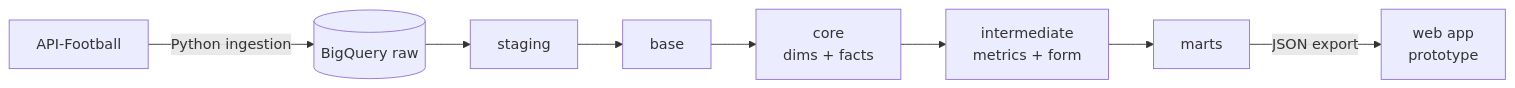
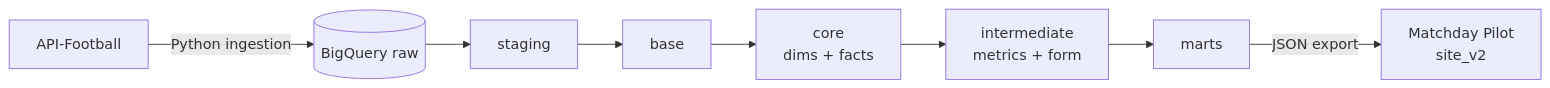
One commit to ramialfahham/football-data-pipeline changed the diagram in README.md. Above: the diagram before and after it, drawn with Mermaid. The commit also changed other lines of this file and 4 other files, not shown here.

````diff
--- a/README.md
+++ b/README.md
@@ -72,7 +76,7 @@
 ```mermaid
 flowchart LR
     A[API-Football] -->|Python ingestion| B[(BigQuery raw)]
     B --> C[staging] --> D[base] --> E[core<br/>dims + facts]
     E --> F[intermediate<br/>metrics + form] --> G[marts]
-    G -->|JSON export| H[web app<br/>prototype]
+    G -->|JSON export| H[Matchday Pilot<br/>site_v2]
 ```
````
